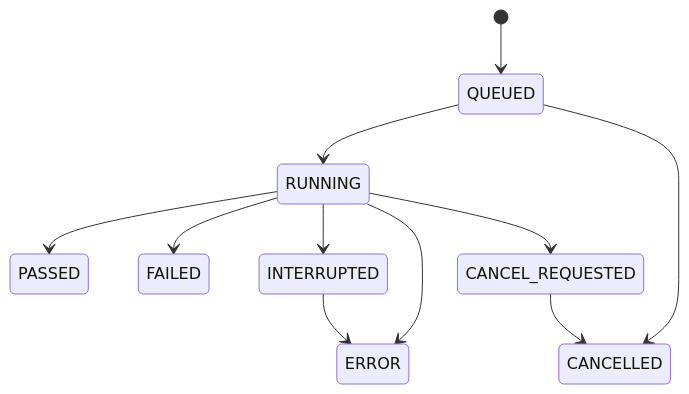
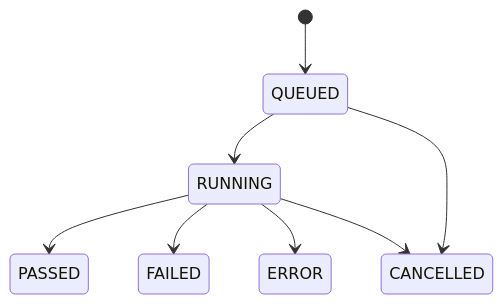
One commit to Megumi2910/testops-platform changed the second of 2 diagrams in docs/architecture/01-technical-specification.md. Above: the diagram before and after it, drawn with Mermaid. The commit also changed other lines of this file and 26 other files, not shown here.

````diff
--- a/docs/architecture/01-technical-specification.md
+++ b/docs/architecture/01-technical-specification.md
@@ -397,13 +399,10 @@
 ```mermaid
 stateDiagram-v2
     [*] --> QUEUED
     QUEUED --> RUNNING
     QUEUED --> CANCELLED
     RUNNING --> PASSED
     RUNNING --> FAILED
     RUNNING --> ERROR
-    RUNNING --> CANCEL_REQUESTED
-    CANCEL_REQUESTED --> CANCELLED
-    RUNNING --> INTERRUPTED
-    INTERRUPTED --> ERROR
+    RUNNING --> CANCELLED
 ```
````
